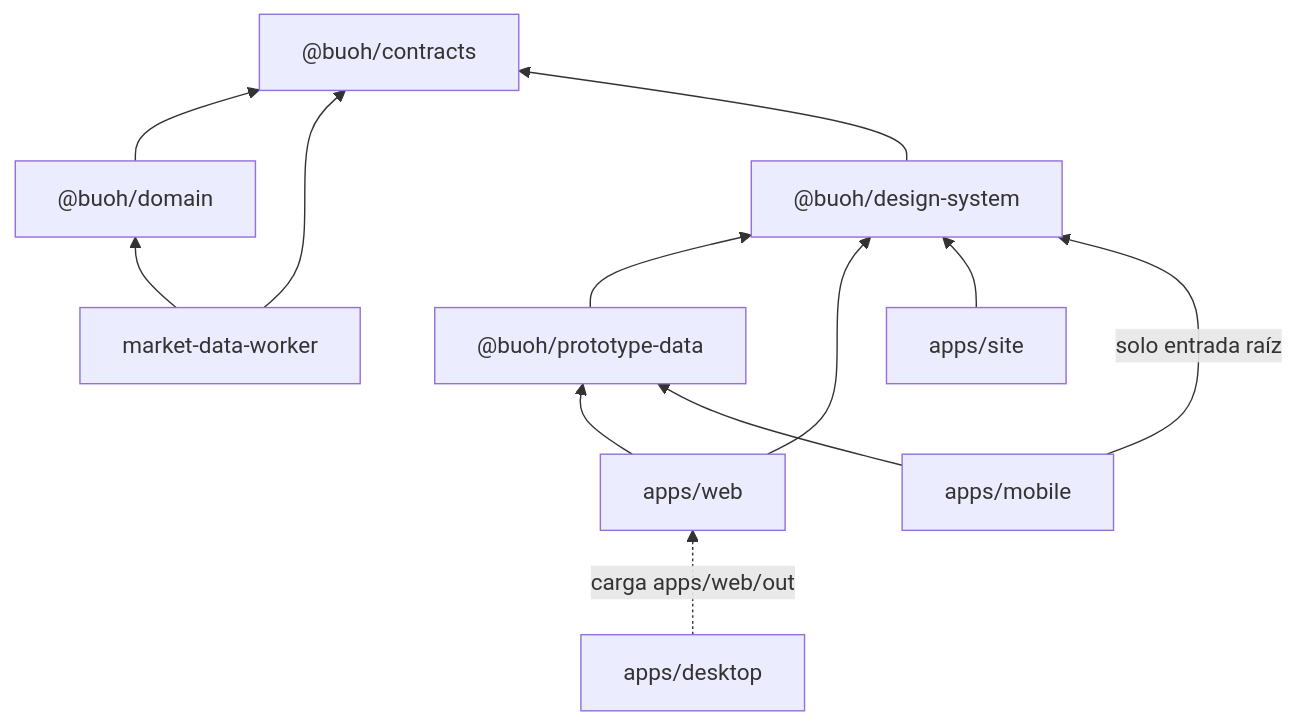
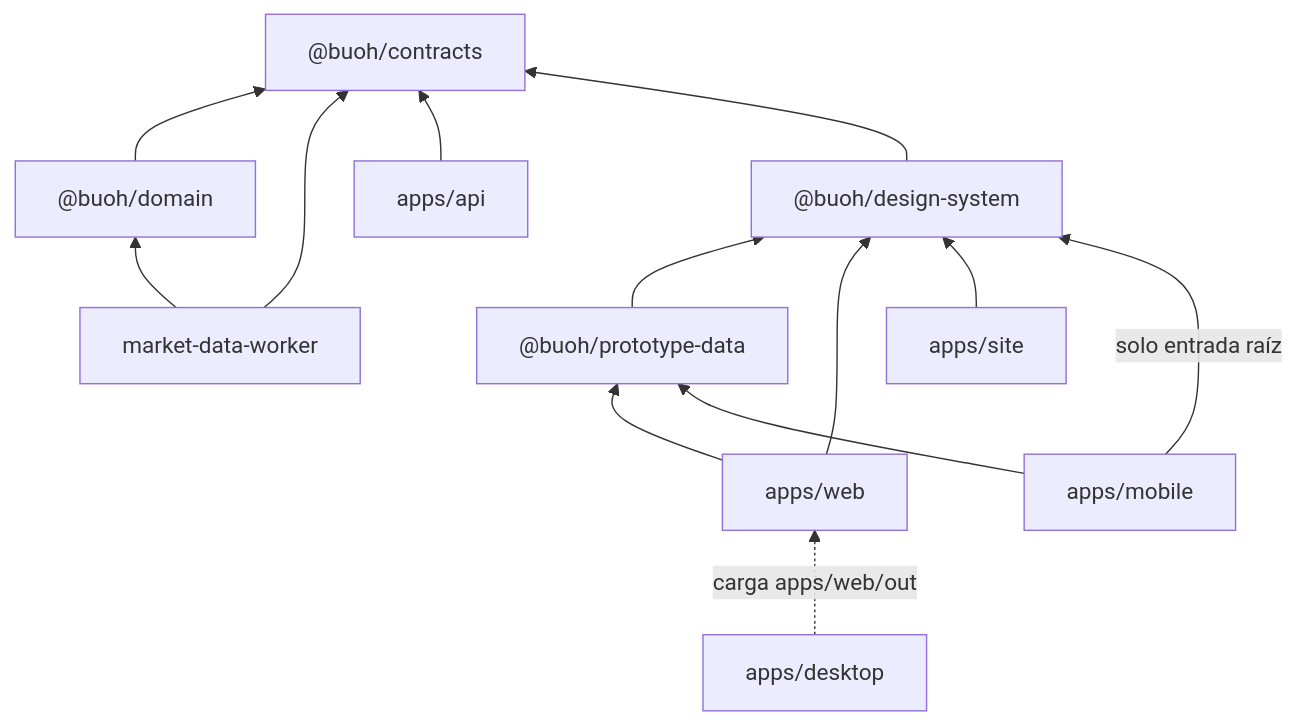
One commit to pedroxynox/buoh changed the diagram in docs/arquitectura/estado-del-codigo.md. Above: the diagram before and after it, drawn with Mermaid. The commit also changed other lines of this file and 37 other files, not shown here.

Commit message:
feat(api): add the apps/api skeleton with contract validation, safe errors, security headers and OpenAPI (F2.3, PR 2)

````diff
--- a/docs/arquitectura/estado-del-codigo.md
+++ b/docs/arquitectura/estado-del-codigo.md
@@ -20,15 +21,16 @@
 ```mermaid
 graph BT
   contracts["@buoh/contracts"]
   domain["@buoh/domain"] --> contracts
   worker["market-data-worker"] --> domain
   worker --> contracts
+  api["apps/api"] --> contracts
   ds["@buoh/design-system"] --> contracts
   pd["@buoh/prototype-data"] --> ds
   web["apps/web"] --> ds
   web --> pd
   site["apps/site"] --> ds
   mobile["apps/mobile"] -->|"solo entrada raíz"| ds
   mobile --> pd
   desktop["apps/desktop"] -. "carga apps/web/out" .-> web
 ```
````
